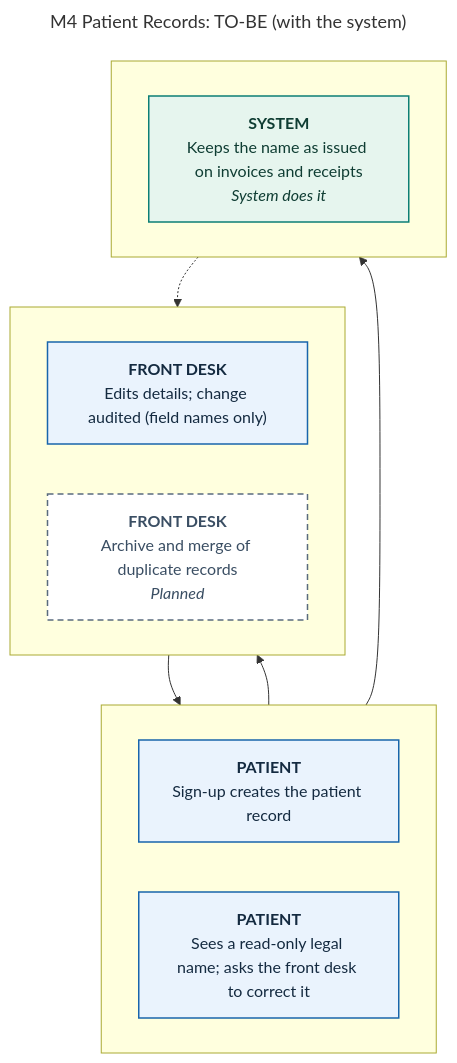
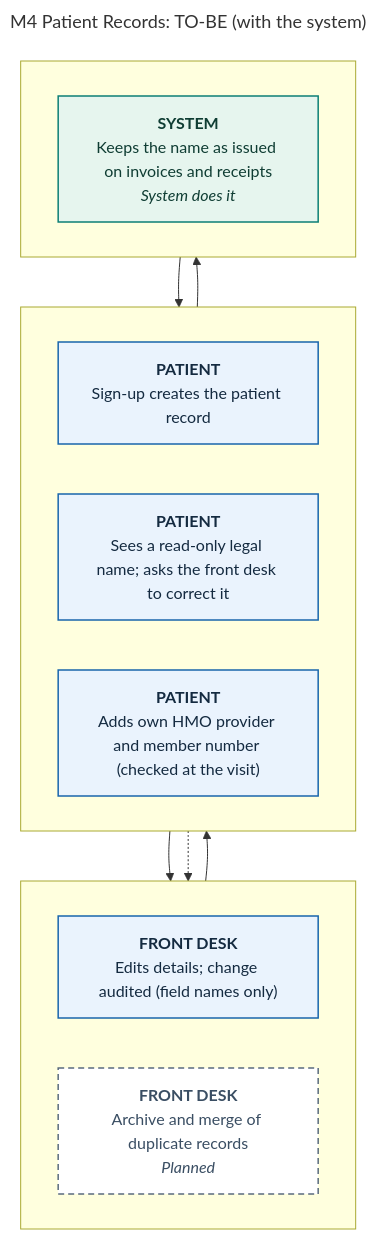
One commit to 0phem/multibranch-dental-clinic changed the diagram in docs/defense/diagrams/M4-patient-records-to-be.mmd. Above: the diagram before and after it, drawn with Mermaid. The commit also changed 111 other files, not shown here.

```diff
--- a/docs/defense/diagrams/M4-patient-records-to-be.mmd
+++ b/docs/defense/diagrams/M4-patient-records-to-be.mmd
@@ -1,28 +1,30 @@
 ---
 title: "M4 Patient Records: TO-BE (with the system)"
 ---
 flowchart TB
     subgraph L0[" "]
     direction LR
       S0["<b>PATIENT</b><br/>Sign-up creates the patient record"]:::manual
       S2["<b>PATIENT</b><br/>Sees a read-only legal name; asks the front desk to correct it"]:::manual
+      S4["<b>PATIENT</b><br/>Adds own HMO provider and member number (checked at the visit)"]:::manual
     end
     subgraph L1[" "]
     direction LR
       S1["<b>FRONT DESK</b><br/>Edits details; change audited (field names only)"]:::manual
-      S4["<b>FRONT DESK</b><br/>Archive and merge of duplicate records<br/><i>Planned</i>"]:::planned
+      S5["<b>FRONT DESK</b><br/>Archive and merge of duplicate records<br/><i>Planned</i>"]:::planned
     end
     subgraph L4[" "]
     direction LR
       S3["<b>SYSTEM</b><br/>Keeps the name as issued on invoices and receipts<br/><i>System does it</i>"]:::auto
     end
     S0 --> S1
     S1 --> S2
     S2 --> S3
-    S3 -.-> S4
+    S3 --> S4
+    S4 -.-> S5
     classDef cited fill:#eaf3fd,stroke:#1865ac,color:#142a40,stroke-width:1.5px
     classDef confirm fill:#fffaf0,stroke:#b26a00,color:#5e3c00,stroke-width:1.5px,stroke-dasharray:6 4
     classDef auto fill:#e6f5ee,stroke:#0c7f75,color:#0f3d33,stroke-width:1.5px
     classDef manual fill:#eaf3fd,stroke:#1865ac,color:#142a40,stroke-width:1.5px
     classDef mock fill:#f3f5f7,stroke:#5a6b7d,color:#3a4e63,stroke-width:1.5px,stroke-dasharray:3 3
     classDef planned fill:#ffffff,stroke:#5a6b7d,color:#3a4e63,stroke-width:1.5px,stroke-dasharray:6 4
```
